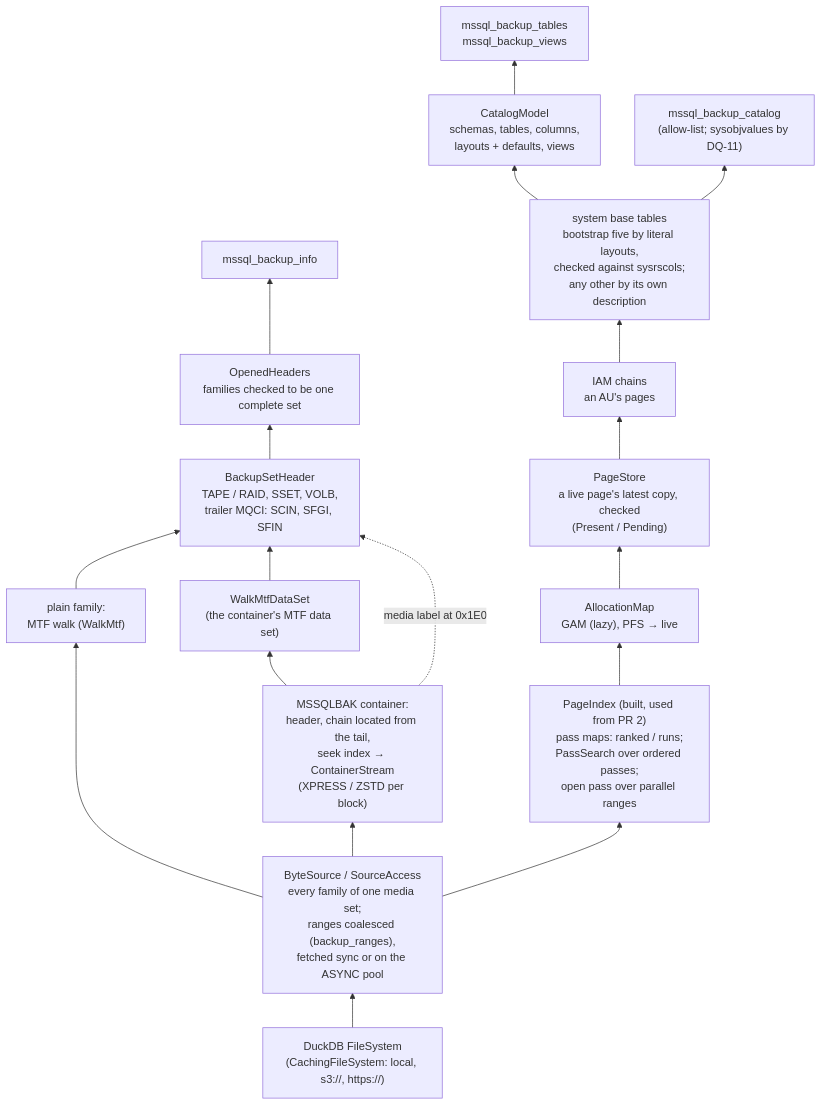
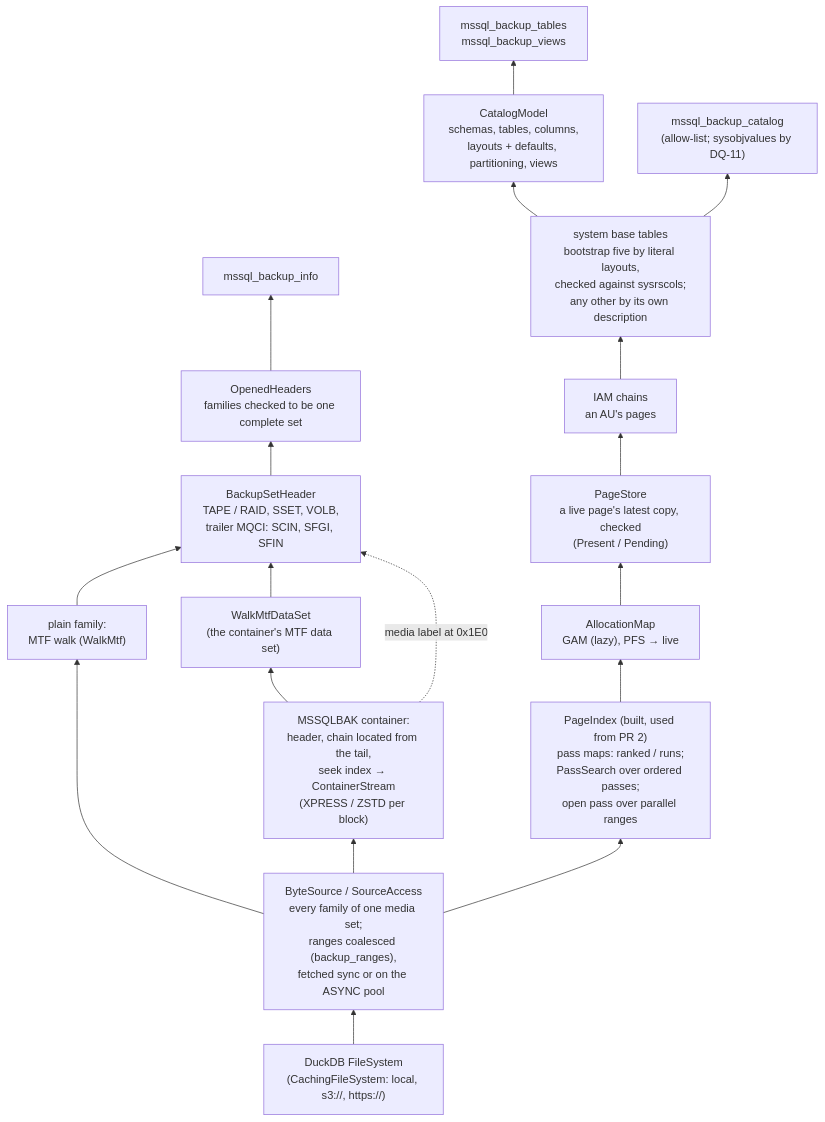
Diagram 19 of 20 in DATAMODEL.md (hugr-lab/mssql-extension), drawn with Mermaid before and after one commit. The commit also changed other lines of this file and 13 other files, not shown here.

````diff
--- a/DATAMODEL.md
+++ b/DATAMODEL.md
@@ -1402,20 +1402,20 @@
 ```mermaid
 flowchart BT
   fs["DuckDB FileSystem<br/>(CachingFileSystem: local, s3://, https://)"] --> src["ByteSource / SourceAccess<br/>every family of one media set;<br/>ranges coalesced (backup_ranges),<br/>fetched sync or on the ASYNC pool"]
   src --> plain["plain family:<br/>MTF walk (WalkMtf)"]
   src --> cont["MSSQLBAK container:<br/>header, chain located from the tail,<br/>seek index → ContainerStream<br/>(XPRESS / ZSTD per block)"]
   cont --> ds["WalkMtfDataSet<br/>(the container's MTF data set)"]
   plain --> set["BackupSetHeader<br/>TAPE / RAID, SSET, VOLB,<br/>trailer MQCI: SCIN, SFGI, SFIN"]
   ds --> set
   cont -. media label at 0x1E0 .-> set
   set --> opened["OpenedHeaders<br/>families checked to be one complete set"]
   opened --> info["mssql_backup_info"]
   src --> idx["PageIndex (built, used from PR 2)<br/>pass maps: ranked / runs;<br/>PassSearch over ordered passes;<br/>open pass over parallel ranges"]
   idx --> alloc["AllocationMap<br/>GAM (lazy), PFS → live"]
   alloc --> store["PageStore<br/>a live page's latest copy, checked<br/>(Present / Pending)"]
   store --> iam["IAM chains<br/>an AU's pages"]
   iam --> sys["system base tables<br/>bootstrap five by literal layouts,<br/>checked against sysrscols;<br/>any other by its own description"]
-  sys --> model["CatalogModel<br/>schemas, tables, columns,<br/>layouts + defaults, views"]
+  sys --> model["CatalogModel<br/>schemas, tables, columns,<br/>layouts + defaults, partitioning, views"]
   model --> tables["mssql_backup_tables<br/>mssql_backup_views"]
   sys --> basetables["mssql_backup_catalog<br/>(allow-list; sysobjvalues by DQ-11)"]
 ```
````
